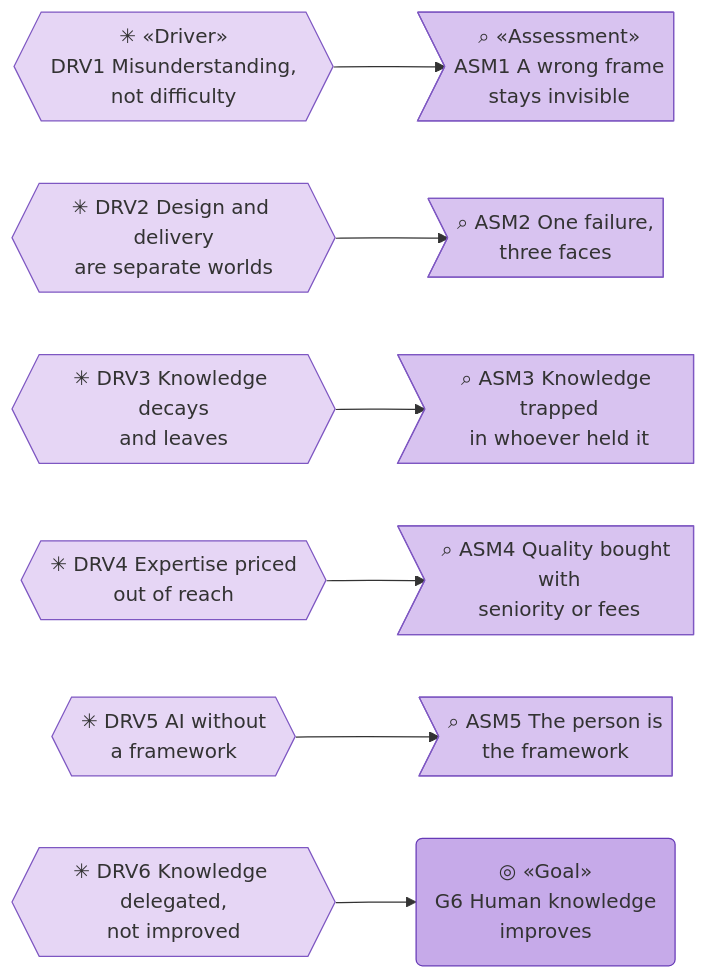
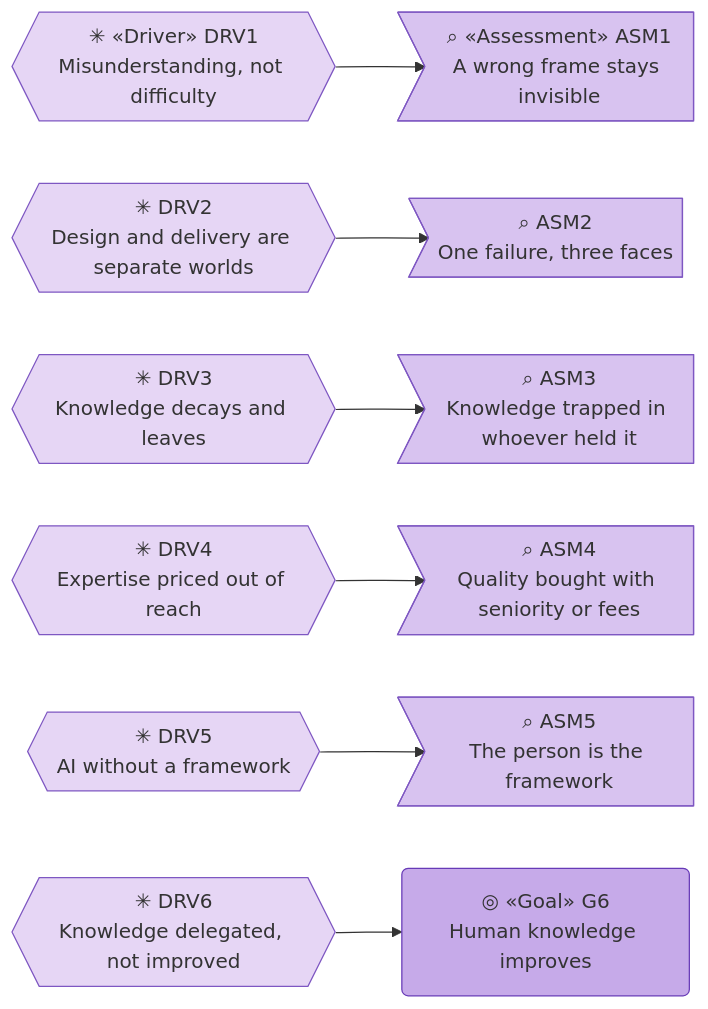
Before and after one commit to roanboc/architecture-archreator: the third of 7 diagrams in organization/docs/ea/1_strategy/1_motivation.md, drawn with Mermaid. The commit also changed other lines of this file and 6 other files, not shown here.

````diff
--- a/organization/docs/ea/1_strategy/1_motivation.md
+++ b/organization/docs/ea/1_strategy/1_motivation.md
@@ -132,28 +132,28 @@
 ```mermaid
 flowchart LR
-  drv1{{"✳ «Driver»<br>DRV1 Misunderstanding,<br>not difficulty"}}:::driver
-  drv2{{"✳ DRV2 Design and delivery<br>are separate worlds"}}:::driver
-  drv3{{"✳ DRV3 Knowledge decays<br>and leaves"}}:::driver
-  drv4{{"✳ DRV4 Expertise priced<br>out of reach"}}:::driver
-  drv5{{"✳ DRV5 AI without<br>a framework"}}:::driver
-  drv6{{"✳ DRV6 Knowledge delegated,<br>not improved"}}:::driver
+  drv1{{"✳ «Driver» DRV1<br>Misunderstanding, not difficulty"}}:::driver
+  drv2{{"✳ DRV2<br>Design and delivery are separate worlds"}}:::driver
+  drv3{{"✳ DRV3<br>Knowledge decays and leaves"}}:::driver
+  drv4{{"✳ DRV4<br>Expertise priced out of reach"}}:::driver
+  drv5{{"✳ DRV5<br>AI without a framework"}}:::driver
+  drv6{{"✳ DRV6<br>Knowledge delegated, not improved"}}:::driver
 
-  asm1>"⌕ «Assessment»<br>ASM1 A wrong frame<br>stays invisible"]:::assessment
-  asm2>"⌕ ASM2 One failure,<br>three faces"]:::assessment
-  asm3>"⌕ ASM3 Knowledge trapped<br>in whoever held it"]:::assessment
-  asm4>"⌕ ASM4 Quality bought with<br>seniority or fees"]:::assessment
-  asm5>"⌕ ASM5 The person is<br>the framework"]:::assessment
+  asm1>"⌕ «Assessment» ASM1<br>A wrong frame stays invisible"]:::assessment
+  asm2>"⌕ ASM2<br>One failure, three faces"]:::assessment
+  asm3>"⌕ ASM3<br>Knowledge trapped in whoever held it"]:::assessment
+  asm4>"⌕ ASM4<br>Quality bought with seniority or fees"]:::assessment
+  asm5>"⌕ ASM5<br>The person is the framework"]:::assessment
 
-  g6("◎ «Goal»<br>G6 Human knowledge<br>improves"):::goal
+  g6("◎ «Goal» G6<br>Human knowledge improves"):::goal
 
   drv1 --> asm1
   drv2 --> asm2
   drv3 --> asm3
   drv4 --> asm4
   drv5 --> asm5
   drv6 --> g6
 
   classDef driver fill:#e6d6f5,stroke:#7e57c2,color:#333
   classDef assessment fill:#d8c3f0,stroke:#7e57c2,color:#333
   classDef goal fill:#c6aae9,stroke:#673ab7,color:#333
 ```
````
